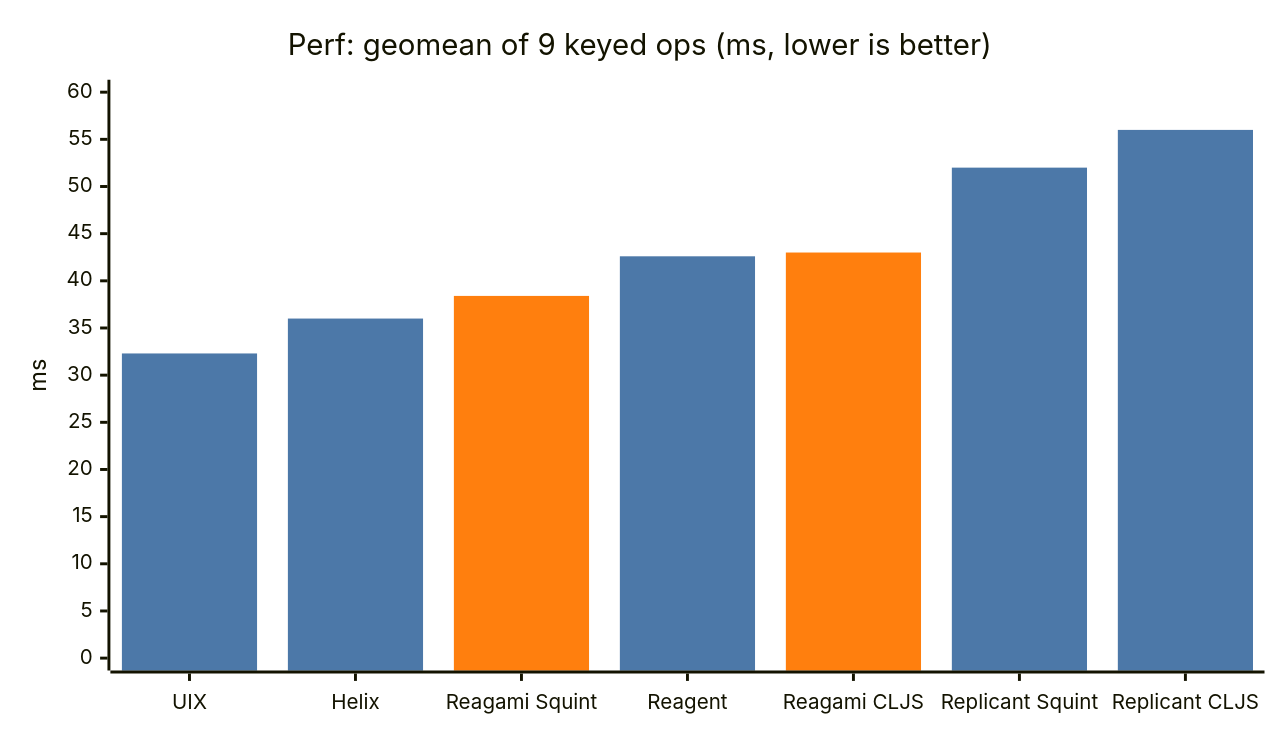
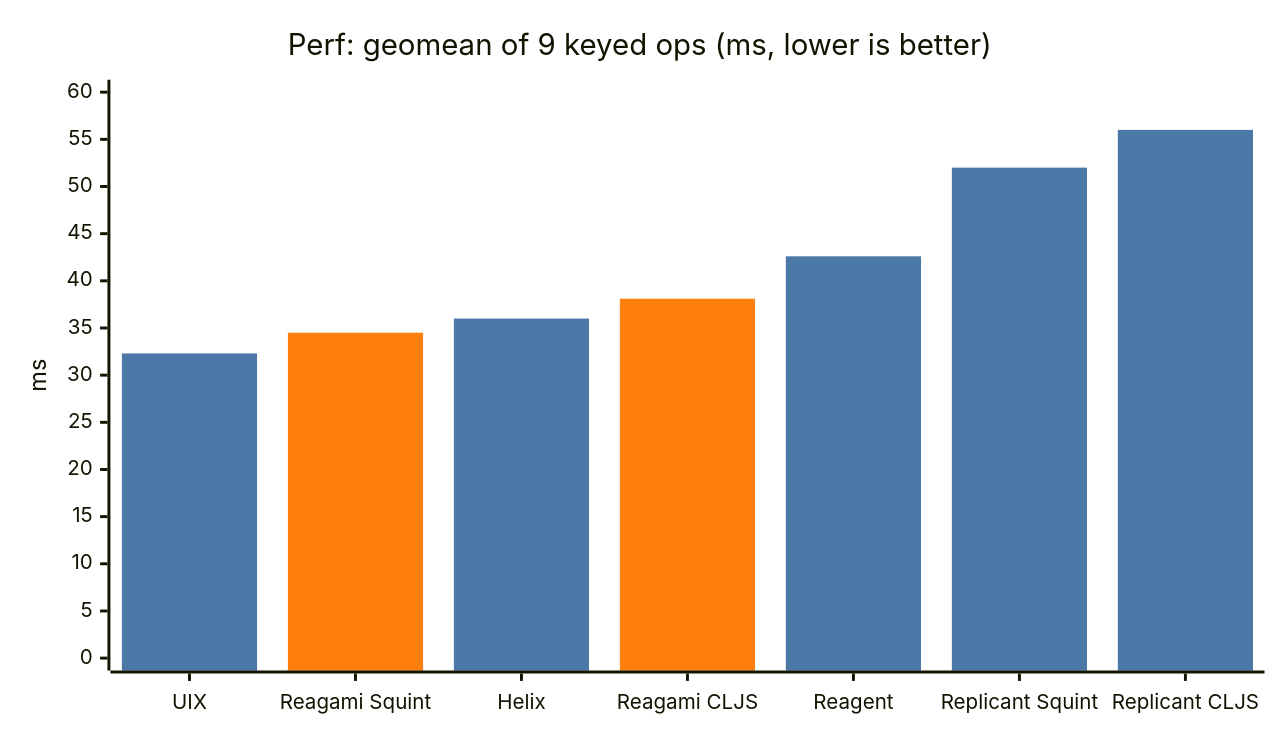
Before and after one commit to borkdude/reagami: the first of 2 diagrams in README.md, drawn with Mermaid. The commit also changed other lines of this file and 1 other file, not shown here.

First line of the commit message:
Update benchmarks: honest numbers on squint 0.14.206 (#47)

````diff
--- a/README.md
+++ b/README.md
@@ -183,17 +183,17 @@
 ```mermaid
 ---
 config:
   xyChart:
     width: 850
     height: 480
   themeVariables:
     xyChart:
       plotColorPalette: "#ff7f0e, #4c78a8"
 ---
 xychart-beta
     title "Perf: geomean of 9 keyed ops (ms, lower is better)"
-    x-axis ["UIX", "Helix", "Reagami Squint", "Reagent", "Reagami CLJS", "Replicant Squint", "Replicant CLJS"]
+    x-axis ["UIX", "Reagami Squint", "Helix", "Reagami CLJS", "Reagent", "Replicant Squint", "Replicant CLJS"]
     y-axis "ms" 0 --> 60
-    bar [-5, -5, 38.4, -5, 43.0, -5, -5]
-    bar [32.3, 36.0, -5, 42.6, -5, 52.0, 56.0]
+    bar [-5, 34.5, -5, 38.1, -5, -5, -5]
+    bar [32.3, -5, 36.0, -5, 42.6, 52.0, 56.0]
 ```
````
